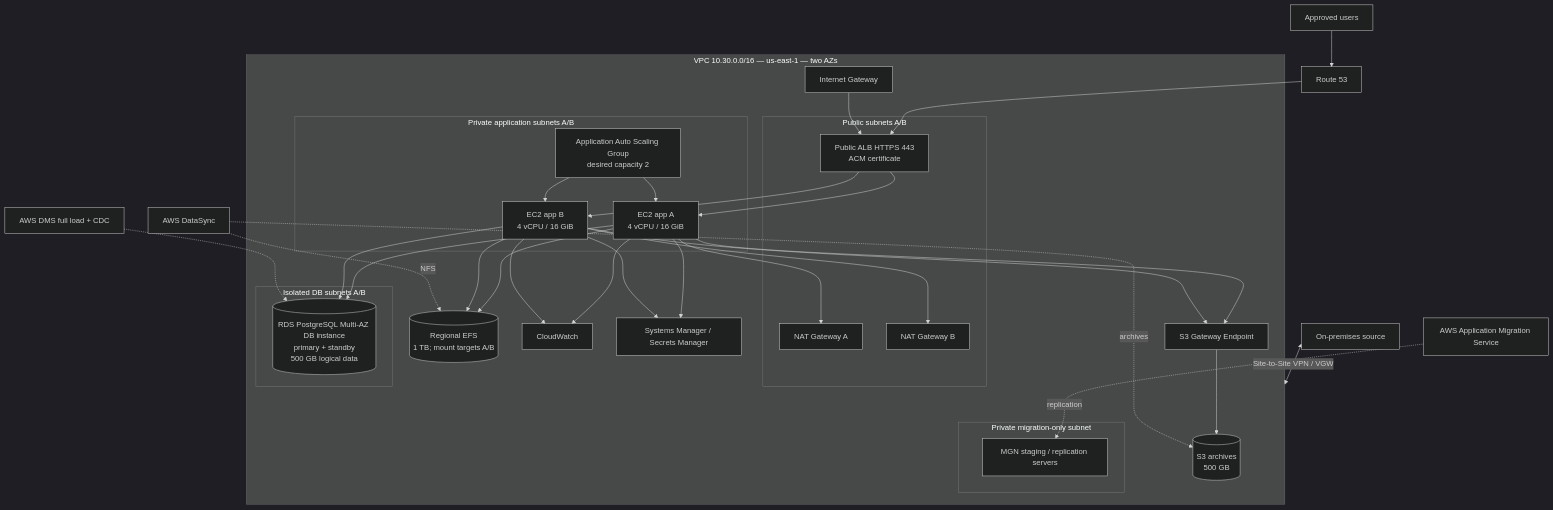
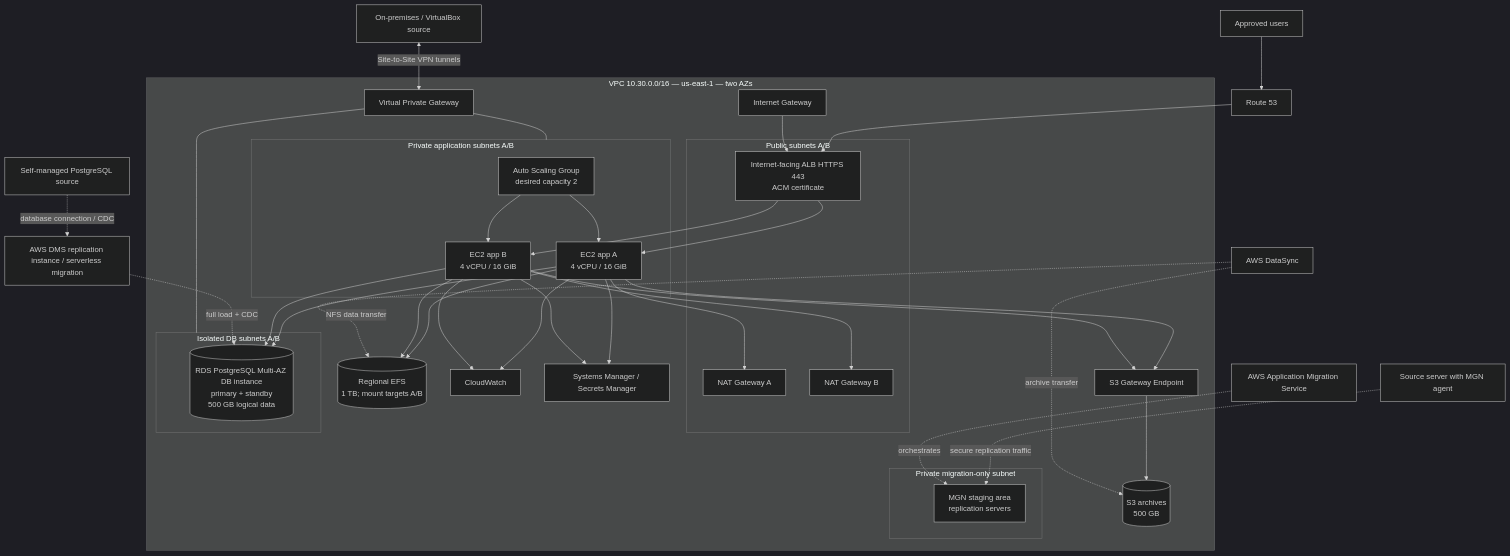
The diagram in architecture/target-architecture.mmd (fhyxx/aws-cloud-migration-blueprint), drawn with Mermaid (dark theme) before and after one commit.

Commit message:
Clarify hybrid connectivity and migration data flows

```diff
--- a/architecture/target-architecture.mmd
+++ b/architecture/target-architecture.mmd
@@ -1,49 +1,55 @@
 flowchart TB
  U[Approved users] --> DNS[Route 53]
- DNS --> ALB[Public ALB HTTPS 443<br/>ACM certificate]
+ DNS --> ALB[Internet-facing ALB HTTPS 443<br/>ACM certificate]
  subgraph VPC["VPC 10.30.0.0/16 — us-east-1 — two AZs"]
   IGW[Internet Gateway]
+  VGW[Virtual Private Gateway]
   subgraph PUB["Public subnets A/B"]
    ALB
    N1[NAT Gateway A]
    N2[NAT Gateway B]
   end
   subgraph APP["Private application subnets A/B"]
-   ASG[Application Auto Scaling Group<br/>desired capacity 2]
+   ASG[Auto Scaling Group<br/>desired capacity 2]
    A[EC2 app A<br/>4 vCPU / 16 GiB]
    B[EC2 app B<br/>4 vCPU / 16 GiB]
    ASG --> A
    ASG --> B
   end
   subgraph DB["Isolated DB subnets A/B"]
    R[(RDS PostgreSQL Multi-AZ DB instance<br/>primary + standby<br/>500 GB logical data)]
   end
   E[(Regional EFS<br/>1 TB; mount targets A/B)]
   S3EP[S3 Gateway Endpoint]
   S[(S3 archives<br/>500 GB)]
   C[CloudWatch]
   M[Systems Manager / Secrets Manager]
   subgraph MIG["Private migration-only subnet"]
-   STG[MGN staging / replication servers]
+   STG[MGN staging area<br/>replication servers]
   end
   IGW --> ALB
   ALB --> A
   ALB --> B
   A --> R
   B --> R
   A --> E
   B --> E
-  A --> S3EP --> S
+  A --> S3EP
   B --> S3EP
+  S3EP --> S
   A --> C
   B --> C
   A --> M
   B --> M
   A --> N1
   B --> N2
+  VGW --- APP
+  VGW --- DB
  end
- O[On-premises source] <-->|Site-to-Site VPN / VGW| VPC
- MGN[AWS Application Migration Service] -. replication .-> STG
- DMS[AWS DMS full load + CDC] -.-> R
- DS[AWS DataSync] -. NFS .-> E
- DS -. archives .-> S
+ O[On-premises / VirtualBox source] <-->|Site-to-Site VPN tunnels| VGW
+ SRC[Source server with MGN agent] -. secure replication traffic .-> STG
+ MGN[AWS Application Migration Service] -. orchestrates .-> STG
+ DMS[AWS DMS replication instance / serverless migration] -. full load + CDC .-> R
+ PG[Self-managed PostgreSQL source] -. database connection / CDC .-> DMS
+ DS[AWS DataSync] -. NFS data transfer .-> E
+ DS -. archive transfer .-> S
```
